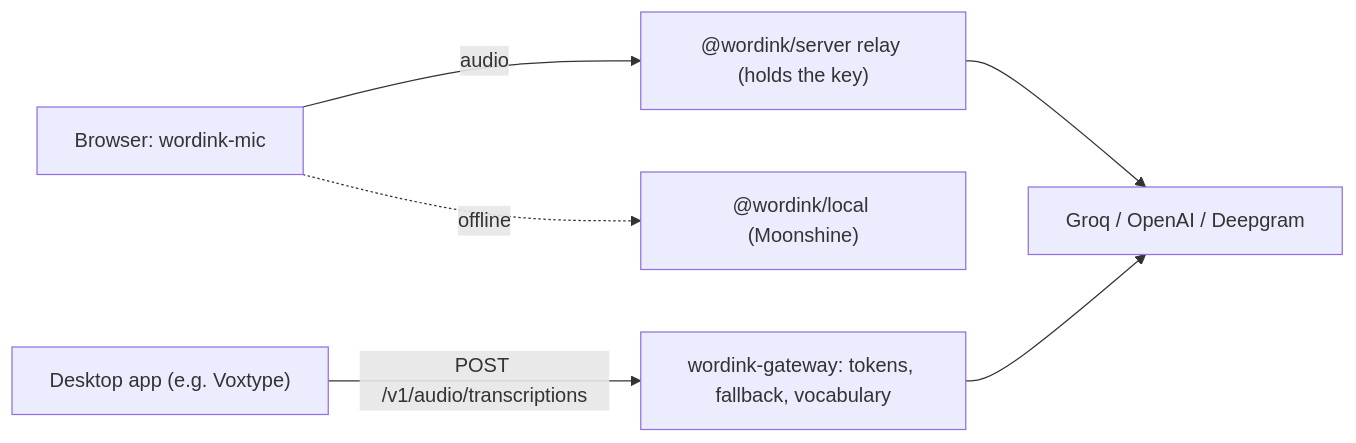
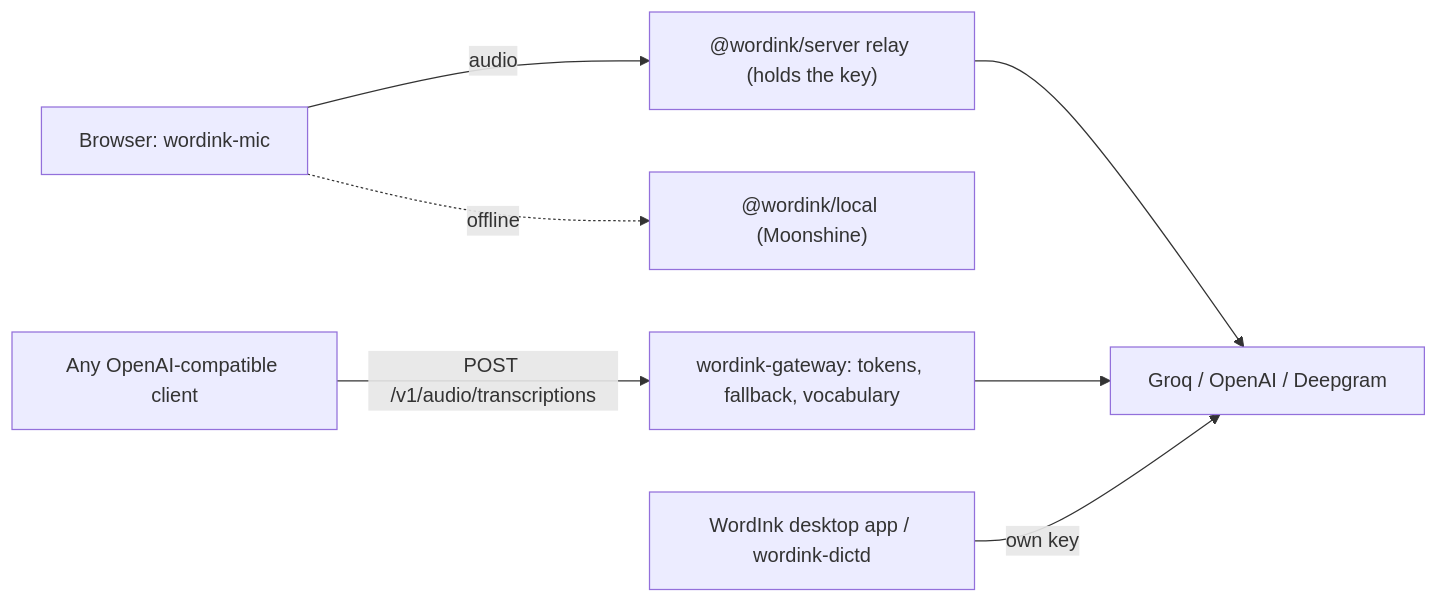
Before and after one commit to duketopceo/WordInk: the diagram in README.md, drawn with Mermaid. The commit also changed other lines of this file and 96 other files, not shown here.

````diff
--- a/README.md
+++ b/README.md
@@ -61,8 +71,9 @@
 ```mermaid
 flowchart LR
   A["Browser: wordink-mic"] -->|audio| B["@wordink/server relay (holds the key)"]
   A -.->|offline| L["@wordink/local (Moonshine)"]
   B --> P["Groq / OpenAI / Deepgram"]
-  D["Desktop app (e.g. Voxtype)"] -->|POST /v1/audio/transcriptions| G["wordink-gateway: tokens, fallback, vocabulary"]
+  D["Any OpenAI-compatible client"] -->|POST /v1/audio/transcriptions| G["wordink-gateway: tokens, fallback, vocabulary"]
   G --> P
+  W["WordInk desktop app / wordink-dictd"] -->|own key| P
 ```
````
